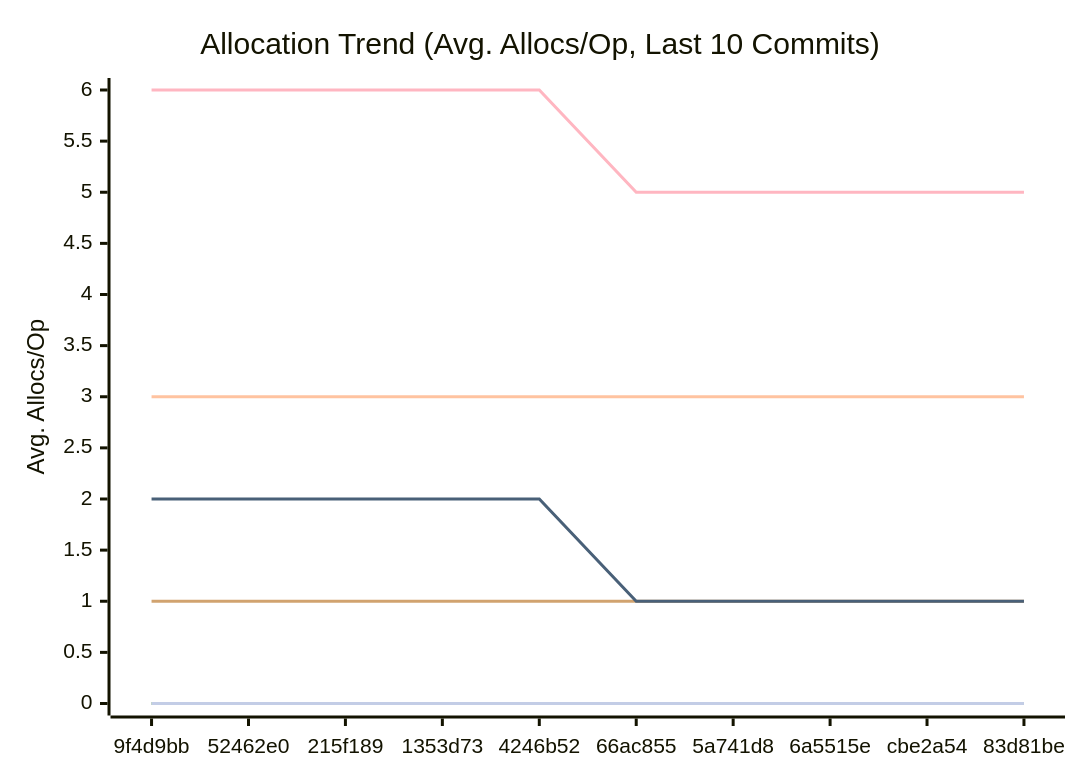
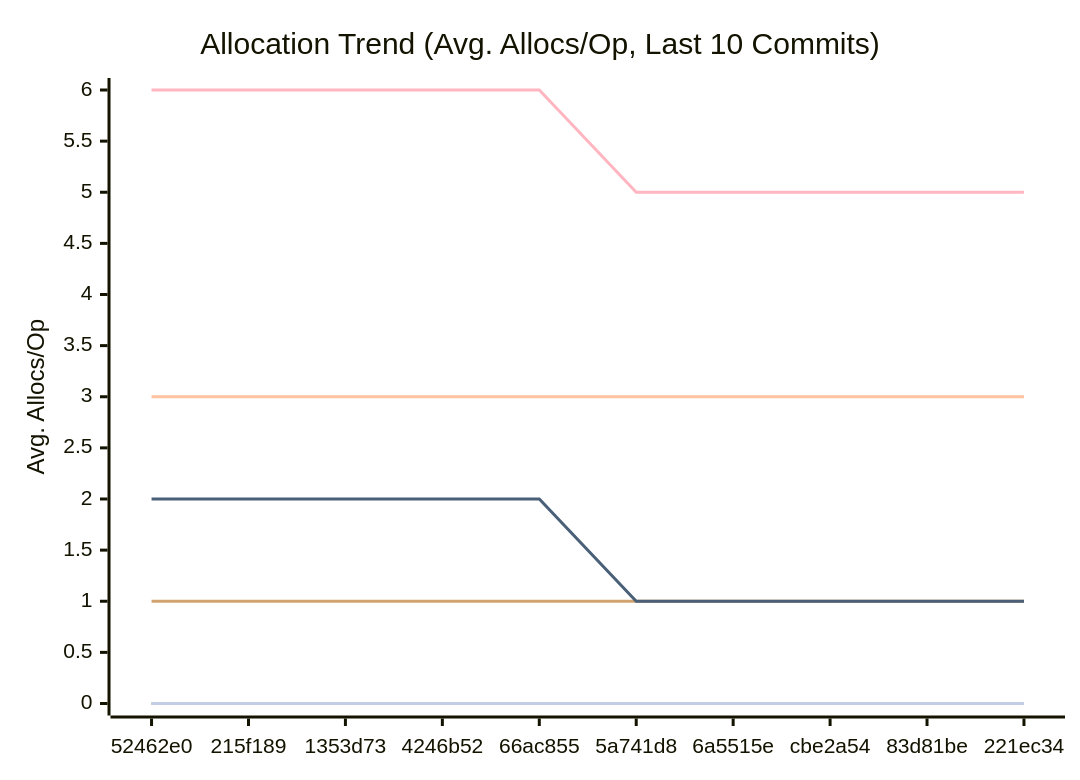
One commit to alsotoes/momo changed the third of 3 diagrams in docs/PERFORMANCE.md. Above: the diagram before and after it, drawn with Mermaid. The commit also changed other lines of this file and 2 other files, not shown here.

````diff
--- a/docs/PERFORMANCE.md
+++ b/docs/PERFORMANCE.md
@@ -114,16 +114,16 @@
 ```mermaid
 xychart-beta
     title "Allocation Trend (Avg. Allocs/Op, Last 10 Commits)"
     x-axis "Commit"
     y-axis "Avg. Allocs/Op"
-    x-axis [9f4d9bb,52462e0,215f189,1353d73,4246b52,66ac855,5a741d8,6a5515e,cbe2a54,83d81be]
+    x-axis [52462e0,215f189,1353d73,4246b52,66ac855,5a741d8,6a5515e,cbe2a54,83d81be,221ec34]
     line "CheckMetricsAndSwap" [0,0,0,0,0,0,0,0,0,0]
     line "CrushOptimized" [0,0,0,0,0,0,0,0,0,0]
     line "CrushOriginal" [3,3,3,3,3,3,3,3,3,3]
     line "IndexDirectTracking" [0,0,0,0,0,0,0,0,0,0]
     line "IndexSearch" [0,0,0,0,0,0,0,0,0,0]
     line "LoadGlobalConfig" [1,1,1,1,1,1,1,1,1,1]
     line "PadString" [0,0,0,0,0,0,0,0,0,0]
     line "ParseReplicationOrder_NoPrealloc" [6,6,6,6,6,5,5,5,5,5]
     line "ParseReplicationOrder_Prealloc" [2,2,2,2,2,1,1,1,1,1]
 ```
````
